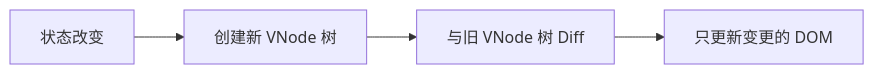
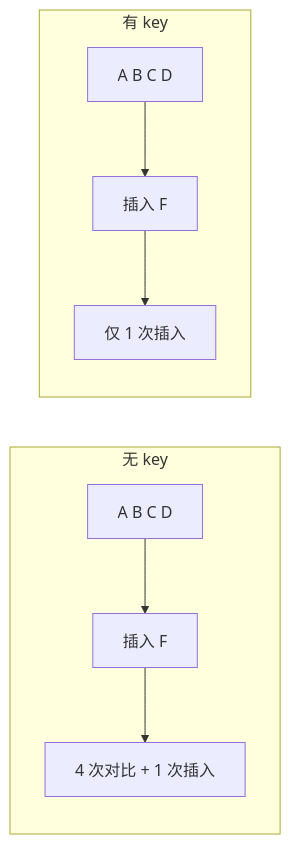
Diagram 21 of 21 in 00-基础常识/05-React-详解版.md (KMaybe01/common), drawn with Mermaid before and after one commit. The commit also changed other lines of this file and 10 other files, not shown here.

````diff
--- a/00-基础常识/05-React-详解版.md
+++ b/00-基础常识/05-React-详解版.md
@@ -2473,6 +1988,12 @@
 ```mermaid
-graph LR
-    A["状态改变"] --> B["创建新 VNode 树"]
-    B --> C["与旧 VNode 树 Diff"]
-    C --> D["只更新变更的 DOM"]
+flowchart LR
+    subgraph 无 key
+        L1["A B C D"] --> L2["插入 F"]
+        L2 --> L3["4 次对比 + 1 次插入"]
+    end
+
+    subgraph 有 key
+        R1["A B C D"] --> R2["插入 F"]
+        R2 --> R3["仅 1 次插入"]
+    end
 ```
````
